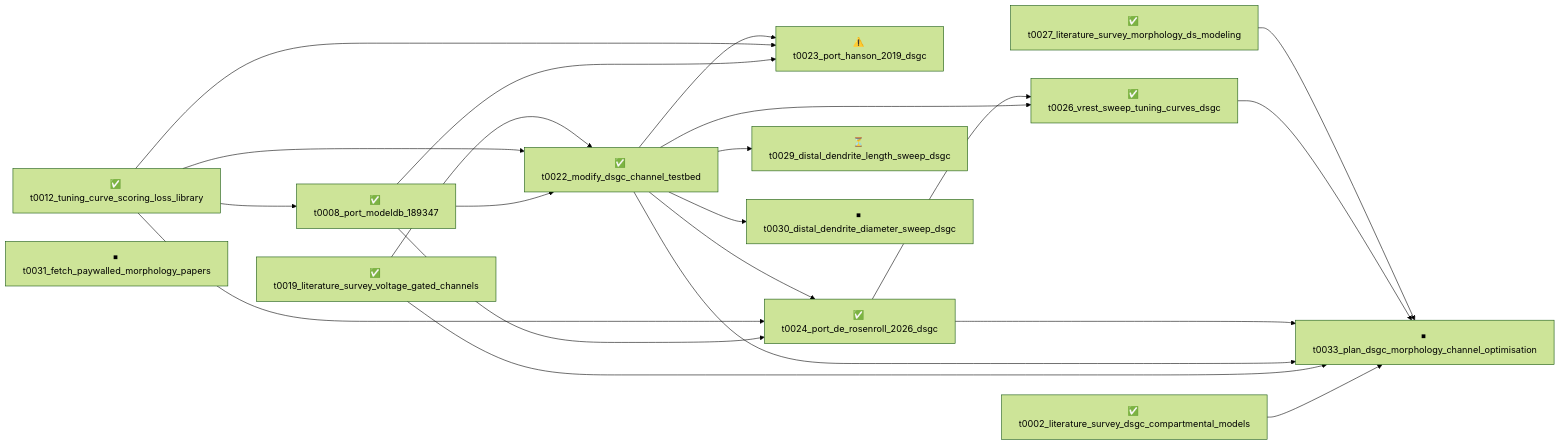
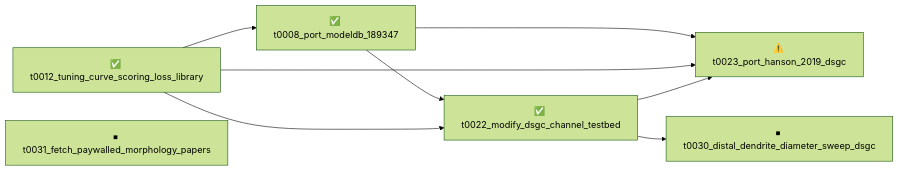
Before and after one commit to tonza17/neuron-channels: the diagram in overview/tasks/README.md, drawn with Mermaid (forest theme). The commit also changed other lines of this file and 53 other files, not shown here.

````diff
--- a/overview/tasks/README.md
+++ b/overview/tasks/README.md
@@ -15,37 +13,17 @@
 ```mermaid
 graph LR
-    t0002_literature_survey_dsgc_compartmental_models["✅ t0002_literature_survey_dsgc_compartmental_models"]
     t0008_port_modeldb_189347["✅ t0008_port_modeldb_189347"]
     t0012_tuning_curve_scoring_loss_library["✅ t0012_tuning_curve_scoring_loss_library"]
-    t0019_literature_survey_voltage_gated_channels["✅ t0019_literature_survey_voltage_gated_channels"]
     t0022_modify_dsgc_channel_testbed["✅ t0022_modify_dsgc_channel_testbed"]
     t0023_port_hanson_2019_dsgc["⚠️ t0023_port_hanson_2019_dsgc"]
-    t0024_port_de_rosenroll_2026_dsgc["✅ t0024_port_de_rosenroll_2026_dsgc"]
-    t0026_vrest_sweep_tuning_curves_dsgc["✅ t0026_vrest_sweep_tuning_curves_dsgc"]
-    t0027_literature_survey_morphology_ds_modeling["✅ t0027_literature_survey_morphology_ds_modeling"]
-    t0029_distal_dendrite_length_sweep_dsgc["⏳ t0029_distal_dendrite_length_sweep_dsgc"]
     t0030_distal_dendrite_diameter_sweep_dsgc["⏹ t0030_distal_dendrite_diameter_sweep_dsgc"]
     t0031_fetch_paywalled_morphology_papers["⏹ t0031_fetch_paywalled_morphology_papers"]
-    t0033_plan_dsgc_morphology_channel_optimisation["⏹ t0033_plan_dsgc_morphology_channel_optimisation"]
 
     t0012_tuning_curve_scoring_loss_library --> t0008_port_modeldb_189347
     t0008_port_modeldb_189347 --> t0022_modify_dsgc_channel_testbed
     t0012_tuning_curve_scoring_loss_library --> t0022_modify_dsgc_channel_testbed
-    t0019_literature_survey_voltage_gated_channels --> t0022_modify_dsgc_channel_testbed
     t0008_port_modeldb_189347 --> t0023_port_hanson_2019_dsgc
     t0012_tuning_curve_scoring_loss_library --> t0023_port_hanson_2019_dsgc
     t0022_modify_dsgc_channel_testbed --> t0023_port_hanson_2019_dsgc
-    t0008_port_modeldb_189347 --> t0024_port_de_rosenroll_2026_dsgc
-    t0012_tuning_curve_scoring_loss_library --> t0024_port_de_rosenroll_2026_dsgc
-    t0022_modify_dsgc_channel_testbed --> t0024_port_de_rosenroll_2026_dsgc
-    t0022_modify_dsgc_channel_testbed --> t0026_vrest_sweep_tuning_curves_dsgc
-    t0024_port_de_rosenroll_2026_dsgc --> t0026_vrest_sweep_tuning_curves_dsgc
-    t0022_modify_dsgc_channel_testbed --> t0029_distal_dendrite_length_sweep_dsgc
     t0022_modify_dsgc_channel_testbed --> t0030_distal_dendrite_diameter_sweep_dsgc
-    t0002_literature_survey_dsgc_compartmental_models --> t0033_plan_dsgc_morphology_channel_optimisation
-    t0019_literature_survey_voltage_gated_channels --> t0033_plan_dsgc_morphology_channel_optimisation
-    t0022_modify_dsgc_channel_testbed --> t0033_plan_dsgc_morphology_channel_optimisation
-    t0024_port_de_rosenroll_2026_dsgc --> t0033_plan_dsgc_morphology_channel_optimisation
-    t0026_vrest_sweep_tuning_curves_dsgc --> t0033_plan_dsgc_morphology_channel_optimisation
-    t0027_literature_survey_morphology_ds_modeling --> t0033_plan_dsgc_morphology_channel_optimisation
 ```
````
